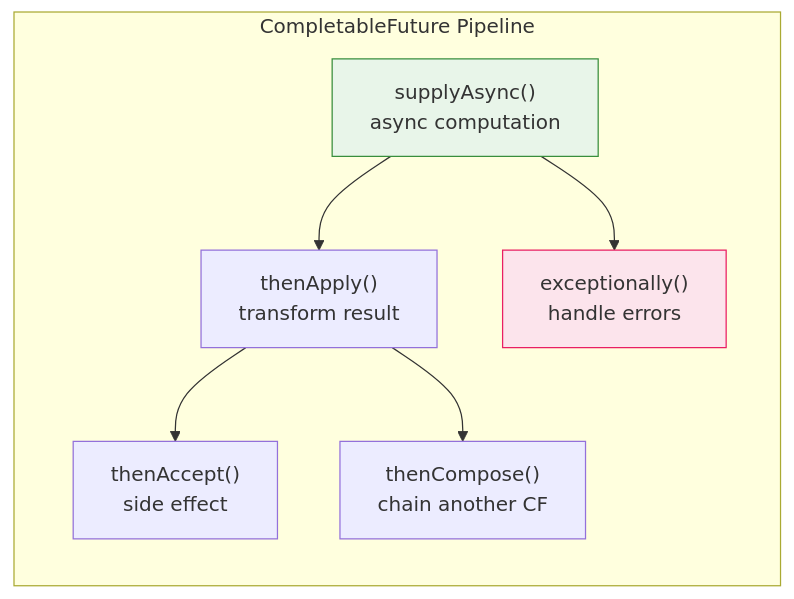
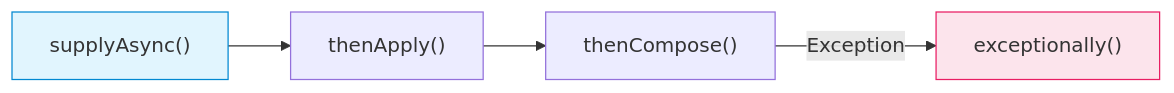
Before and after one commit to akardapolov/software-atlas: the tenth of 16 diagrams in docs/languages/java/index.md, drawn with Mermaid. The commit also changed other lines of this file and 13 other files, not shown here.

````diff
--- a/docs/languages/java/index.md
+++ b/docs/languages/java/index.md
@@ -973,11 +365,8 @@
 ```mermaid
 flowchart LR
-    subgraph CF["CompletableFuture Pipeline"]
-        SRC["supplyAsync()\nasync computation"] --> APPLY["thenApply()\ntransform result"]
-        APPLY --> ACCEPT["thenAccept()\nside effect"]
-        APPLY --> COMPOSE["thenCompose()\nchain another CF"]
-        SRC --> EXC["exceptionally()\nhandle errors"]
-    end
-    style SRC fill:#e8f5e9,stroke:#388e3c
-    style EXC fill:#fce4ec,stroke:#e91e63
+    Start["supplyAsync()"] --> Apply["thenApply()"]
+    Apply --> Compose["thenCompose()"]
+    Compose -->|Exception| Catch["exceptionally()"]
+    style Start fill:#e1f5fe,stroke:#0288d1
+    style Catch fill:#fce4ec,stroke:#e91e63
 ```
````
